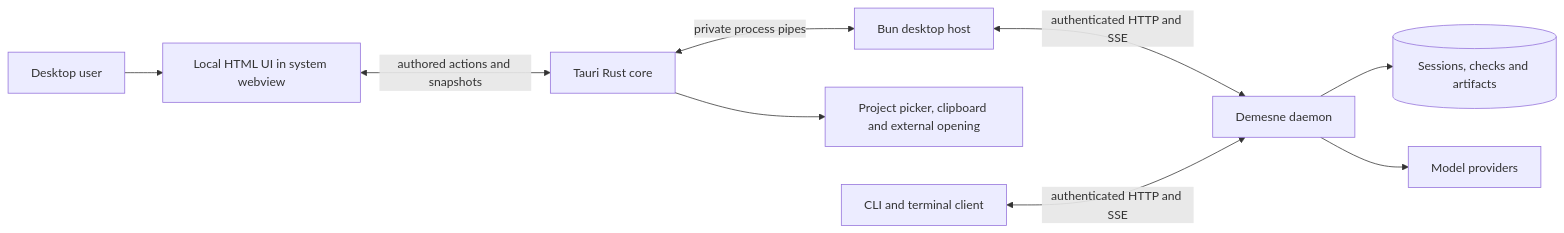
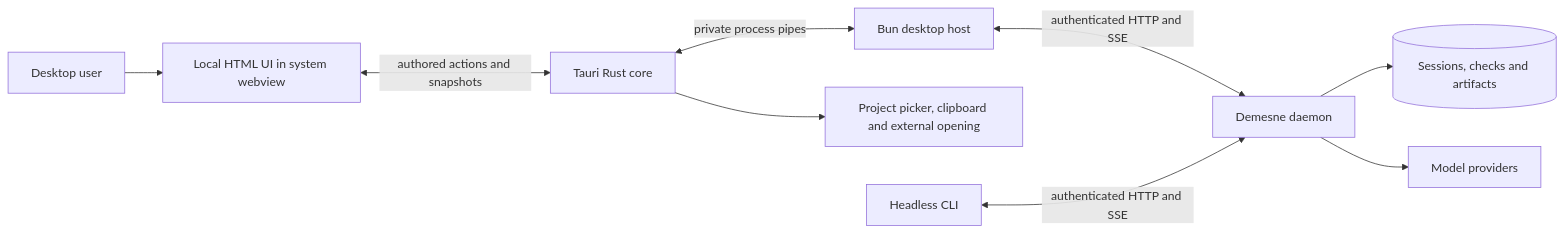
The diagram in apps/desktop/README.md (Shingi-Michael/demesne-cli), drawn with Mermaid before and after one commit. The commit also changed other lines of this file and 95 other files, not shown here.

````diff
--- a/apps/desktop/README.md
+++ b/apps/desktop/README.md
@@ -9,11 +9,11 @@
 ```mermaid
 flowchart LR
     Person[Desktop user] --> Page[Local HTML UI in system webview]
     Page <-->|authored actions and snapshots| Rust[Tauri Rust core]
     Rust <-->|private process pipes| Host[Bun desktop host]
     Host <-->|authenticated HTTP and SSE| Daemon[Demesne daemon]
     Rust --> Native[Project picker, clipboard and external opening]
     Daemon --> Store[(Sessions, checks and artifacts)]
     Daemon --> Models[Model providers]
-    CLI[CLI and terminal client] <-->|authenticated HTTP and SSE| Daemon
+    CLI[Headless CLI] <-->|authenticated HTTP and SSE| Daemon
 ```
````
